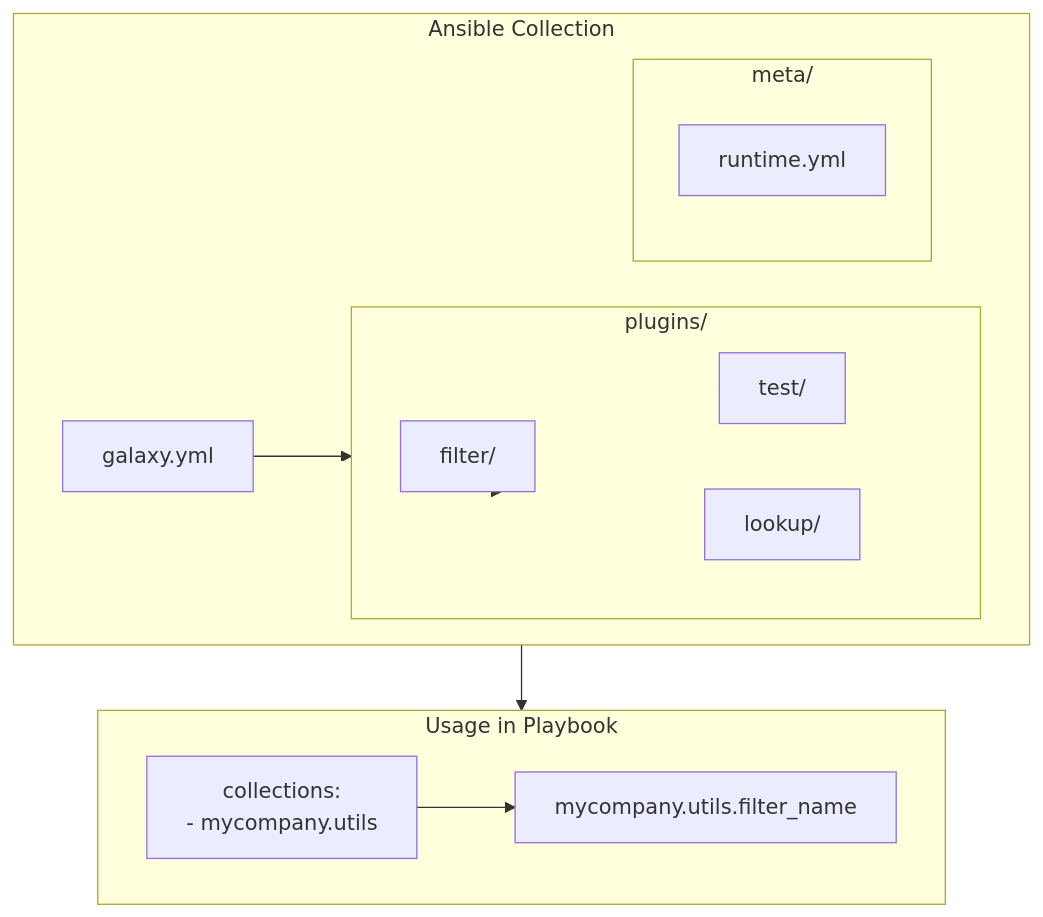
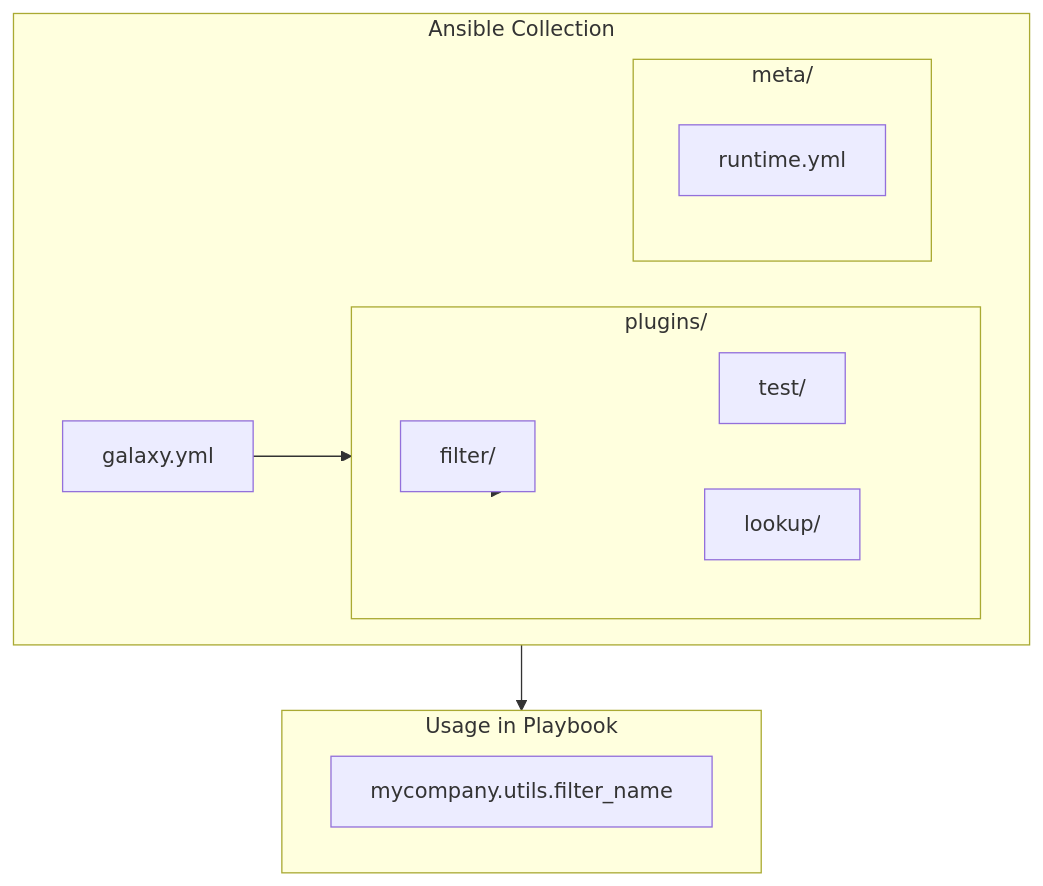
The third of 4 diagrams in posts/2026-01-30-ansible-jinja2-extensions/README.md (OneUptime/blog), drawn with Mermaid before and after one commit. The commit also changed other lines of this file and 2 other files, not shown here.

````diff
--- a/posts/2026-01-30-ansible-jinja2-extensions/README.md
+++ b/posts/2026-01-30-ansible-jinja2-extensions/README.md
@@ -981,28 +982,26 @@
 ```mermaid
 flowchart TD
     subgraph Collection["Ansible Collection"]
         Galaxy[galaxy.yml]
 
         subgraph Plugins["plugins/"]
             Filter[filter/]
             Test[test/]
             Lookup[lookup/]
         end
 
         subgraph Meta["meta/"]
             Runtime[runtime.yml]
         end
     end
 
     subgraph Usage["Usage in Playbook"]
-        Import["collections:\n  - mycompany.utils"]
         Call["mycompany.utils.filter_name"]
     end
 
     Galaxy --> Plugins
     Plugins --> Filter
     Plugins --> Test
     Plugins --> Lookup
-    Import --> Call
     Collection --> Usage
 ```
````
